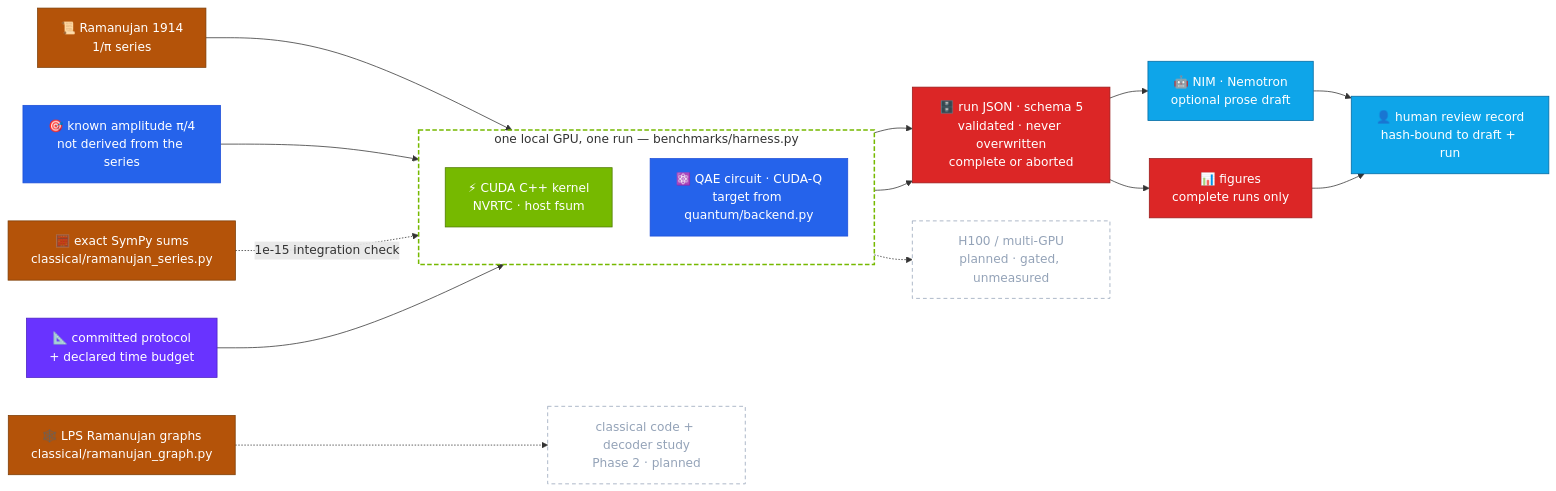
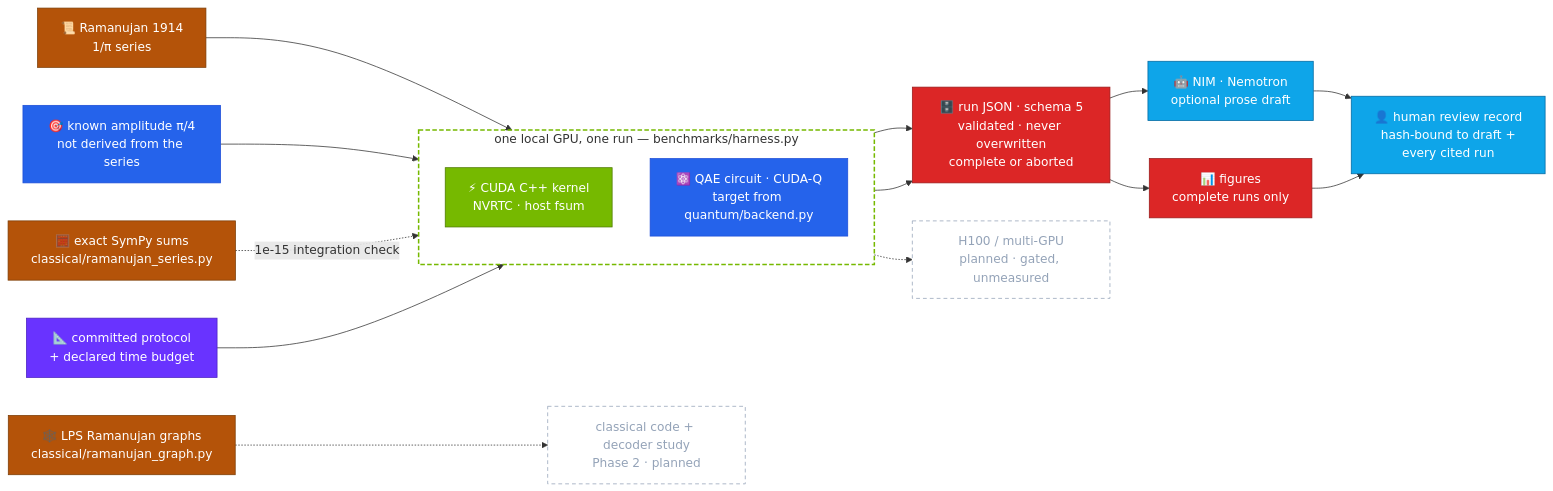
The diagram in assets/architecture/pipeline.mmd (iarjunganesh/q1729), drawn with Mermaid before and after one commit. The commit also changed 20 other files, not shown here.

First line of the commit message:
Bind findings reviews to every cited archive and recompute QAE diagnostics

```diff
--- a/assets/architecture/pipeline.mmd
+++ b/assets/architecture/pipeline.mmd
@@ -1,43 +1,43 @@
 graph LR
     classDef math fill:#B45309,stroke:#7C3D06,color:#fff
     classDef classical fill:#76B900,stroke:#4E7A00,color:#fff
     classDef quantum fill:#2563EB,stroke:#1D4ED8,color:#fff
     classDef backend fill:#6933FF,stroke:#4B21C2,color:#fff
     classDef ai fill:#0EA5E9,stroke:#0369A1,color:#fff
     classDef result fill:#DC2626,stroke:#991B1B,color:#fff
     classDef planned fill:transparent,stroke:#94A3B8,stroke-dasharray:5 4,color:#94A3B8
 
     R["📜 Ramanujan 1914<br/>1/π series"]:::math
     T["🧮 exact SymPy sums<br/>classical/ramanujan_series.py"]:::math
     A["🎯 known amplitude π/4<br/>not derived from the series"]:::quantum
     P["📐 committed protocol<br/>+ declared time budget"]:::backend
 
     subgraph gpu["one local GPU, one run — benchmarks/harness.py"]
         direction TB
         K["⚡ CUDA C++ kernel<br/>NVRTC · host fsum"]:::classical
         Q["⚛️ QAE circuit · CUDA-Q<br/>target from quantum/backend.py"]:::quantum
     end
 
     J["🗄️ run JSON · schema 5<br/>validated · never overwritten<br/>complete or aborted"]:::result
     F["📊 figures<br/>complete runs only"]:::result
     N["🤖 NIM · Nemotron<br/>optional prose draft"]:::ai
-    H["👤 human review record<br/>hash-bound to draft + run"]:::ai
+    H["👤 human review record<br/>hash-bound to draft +<br/>every cited run"]:::ai
 
     G["🕸️ LPS Ramanujan graphs<br/>classical/ramanujan_graph.py"]:::math
     D["classical code + decoder study<br/>Phase 2 · planned"]:::planned
     C["H100 / multi-GPU<br/>planned · gated, unmeasured"]:::planned
 
     R --> K
     A --> Q
     T -.->|1e-15 integration check| K
     P --> gpu
     K --> J
     Q --> J
     J --> F
     J --> N
     N --> H
     F --> H
     G -.-> D
     gpu -.-> C
 
     style gpu fill:transparent,stroke:#76B900,stroke-width:2px,stroke-dasharray:6 3
```
